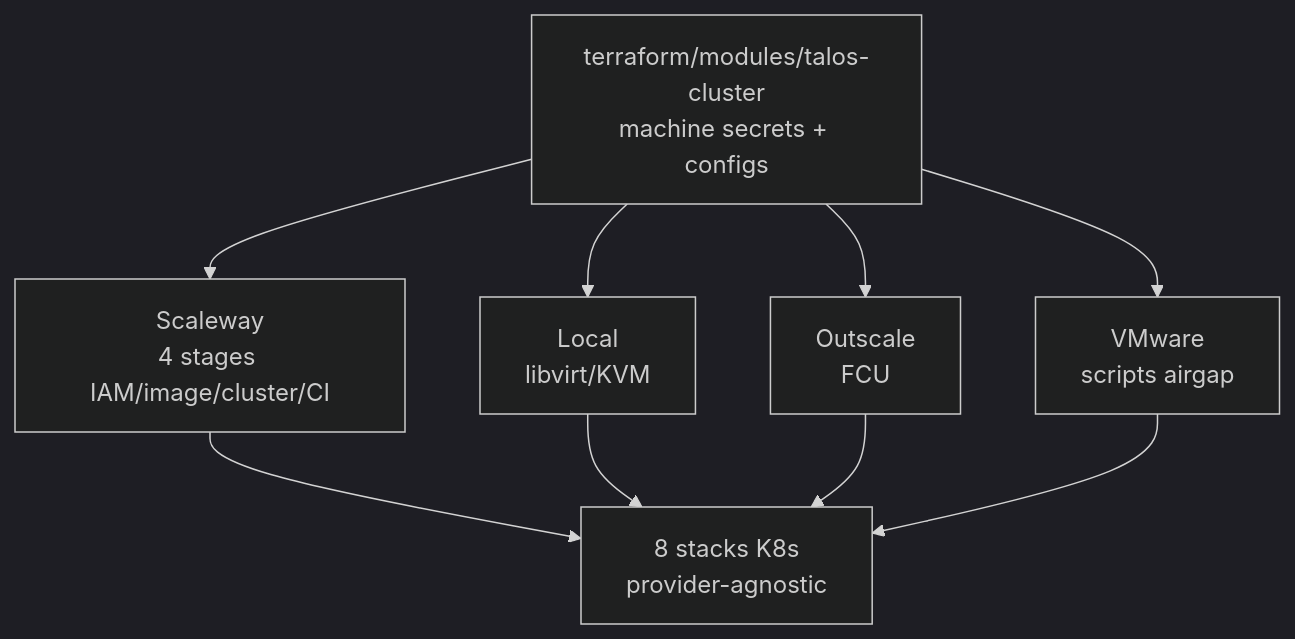
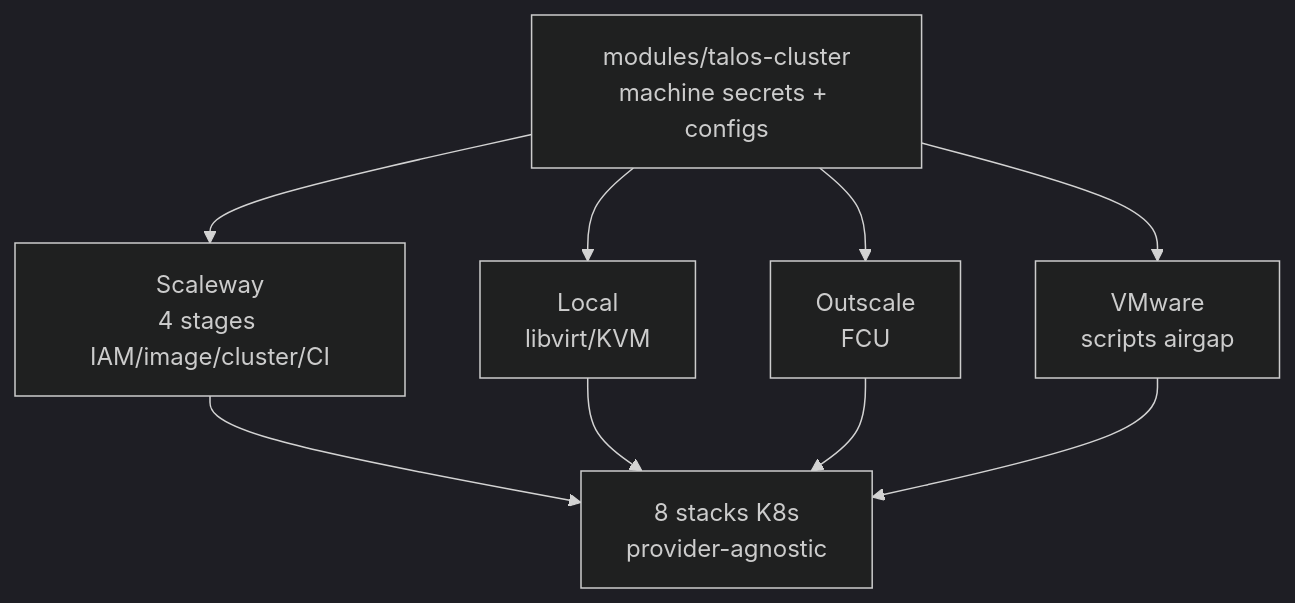
The sixth of 8 diagrams in docs/explanation/architecture.md (Destynova2/st4ck), drawn with Mermaid (dark theme) before and after one commit. The commit also changed 167 other files, not shown here.

````diff
--- a/docs/explanation/architecture.md
+++ b/docs/explanation/architecture.md
@@ -140,14 +140,14 @@
 ```mermaid
 graph TB
-    MOD[terraform/modules/talos-cluster<br/>machine secrets + configs]
+    MOD[modules/talos-cluster<br/>machine secrets + configs]
 
     MOD --> SCW[Scaleway<br/>4 stages IAM/image/cluster/CI]
     MOD --> LOCAL[Local<br/>libvirt/KVM]
     MOD --> OUT[Outscale<br/>FCU]
     MOD --> VMW[VMware<br/>scripts airgap]
 
     SCW --> K8S_STACKS[8 stacks K8s<br/>provider-agnostic]
     LOCAL --> K8S_STACKS
     OUT --> K8S_STACKS
     VMW --> K8S_STACKS
 ```
````
